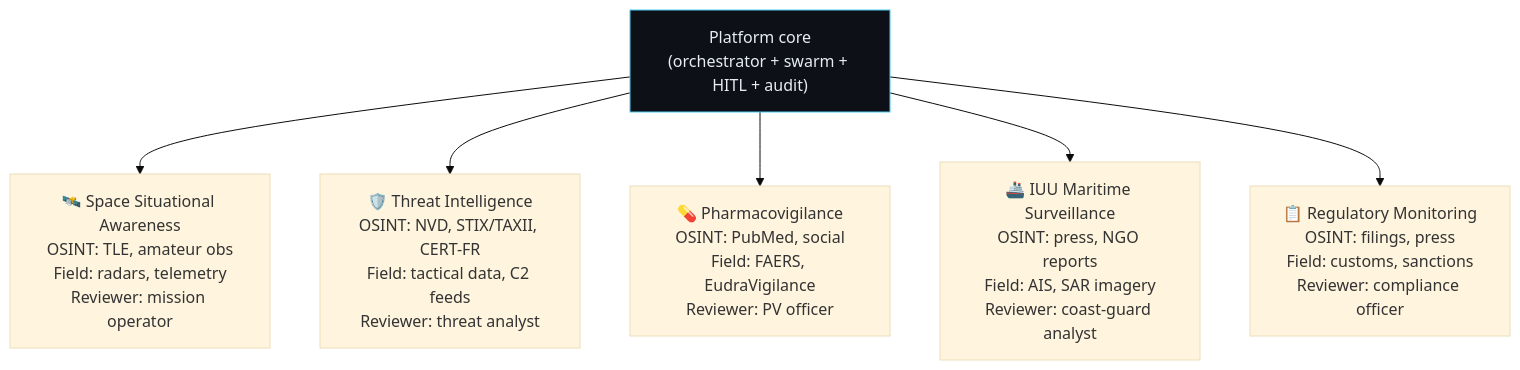
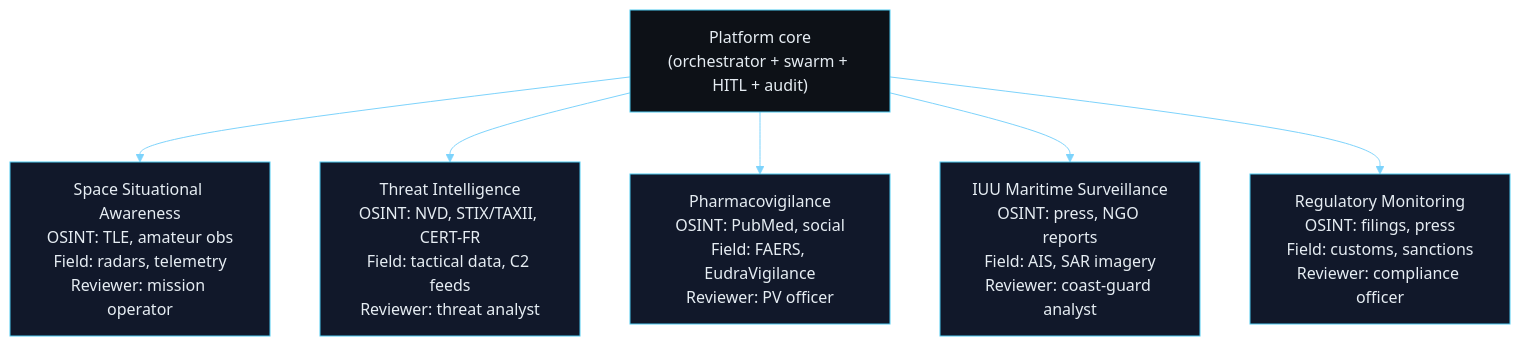
Diagram 12 of 15 in README.md (jeremienunez/thalamus-usecase-ssa-), drawn with Mermaid before and after one commit. The commit also changed other lines of this file and 9 other files, not shown here.

````diff
--- a/README.md
+++ b/README.md
@@ -761,14 +570,14 @@
 ```mermaid
-%%{init: {'theme': 'base'}}%%
+%%{init: {'theme':'base','themeVariables':{'background':'#0b0f17','primaryColor':'#11182a','primaryTextColor':'#e6edf3','primaryBorderColor':'#4cc9f0','secondaryColor':'#1a2033','tertiaryColor':'#141a28','secondaryTextColor':'#e6edf3','tertiaryTextColor':'#e6edf3','noteTextColor':'#e6edf3','noteBkgColor':'#1a2033','noteBorderColor':'#4cc9f0','lineColor':'#7dd3fc','textColor':'#e6edf3','mainBkg':'#11182a','secondBkg':'#1a2033','clusterBkg':'#0d1320','clusterBorder':'#4cc9f0','titleColor':'#e6edf3','edgeLabelBackground':'#0b0f17','labelBoxBkgColor':'#11182a','labelBoxBorderColor':'#4cc9f0','labelTextColor':'#e6edf3','actorBkg':'#11182a','actorBorder':'#4cc9f0','actorTextColor':'#e6edf3','actorLineColor':'#7dd3fc','signalColor':'#e6edf3','signalTextColor':'#e6edf3','activationBkgColor':'#1a2033','activationBorderColor':'#4cc9f0','sequenceNumberColor':'#0b0f17','classText':'#e6edf3'}}}%%
+flowchart TB
+    classDef default fill:#11182a,stroke:#4cc9f0,stroke-width:1px,color:#e6edf3;
+    Platform["Platform core<br/>(orchestrator + swarm + HITL + audit)"]
 
-flowchart TB
-    Platform["Platform core\n(orchestrator + swarm + HITL + audit)"]
-
-    Platform --> SSA["🛰️ Space Situational Awareness\nOSINT: TLE, amateur obs\nField: radars, telemetry\nReviewer: mission operator"]
-    Platform --> TI["🛡️ Threat Intelligence\nOSINT: NVD, STIX/TAXII, CERT-FR\nField: tactical data, C2 feeds\nReviewer: threat analyst"]
-    Platform --> Pharma["💊 Pharmacovigilance\nOSINT: PubMed, social\nField: FAERS, EudraVigilance\nReviewer: PV officer"]
-    Platform --> Maritime["🚢 IUU Maritime Surveillance\nOSINT: press, NGO reports\nField: AIS, SAR imagery\nReviewer: coast-guard analyst"]
-    Platform --> Regulatory["📋 Regulatory Monitoring\nOSINT: filings, press\nField: customs, sanctions\nReviewer: compliance officer"]
+    Platform --> SSA["Space Situational Awareness<br/>OSINT: TLE, amateur obs<br/>Field: radars, telemetry<br/>Reviewer: mission operator"]
+    Platform --> TI["Threat Intelligence<br/>OSINT: NVD, STIX/TAXII, CERT-FR<br/>Field: tactical data, C2 feeds<br/>Reviewer: threat analyst"]
+    Platform --> Pharma["Pharmacovigilance<br/>OSINT: PubMed, social<br/>Field: FAERS, EudraVigilance<br/>Reviewer: PV officer"]
+    Platform --> Maritime["IUU Maritime Surveillance<br/>OSINT: press, NGO reports<br/>Field: AIS, SAR imagery<br/>Reviewer: coast-guard analyst"]
+    Platform --> Regulatory["Regulatory Monitoring<br/>OSINT: filings, press<br/>Field: customs, sanctions<br/>Reviewer: compliance officer"]
 
     style Platform fill:#0d1117,stroke:#4cc9f0,color:#e6edf3
 ```
````
